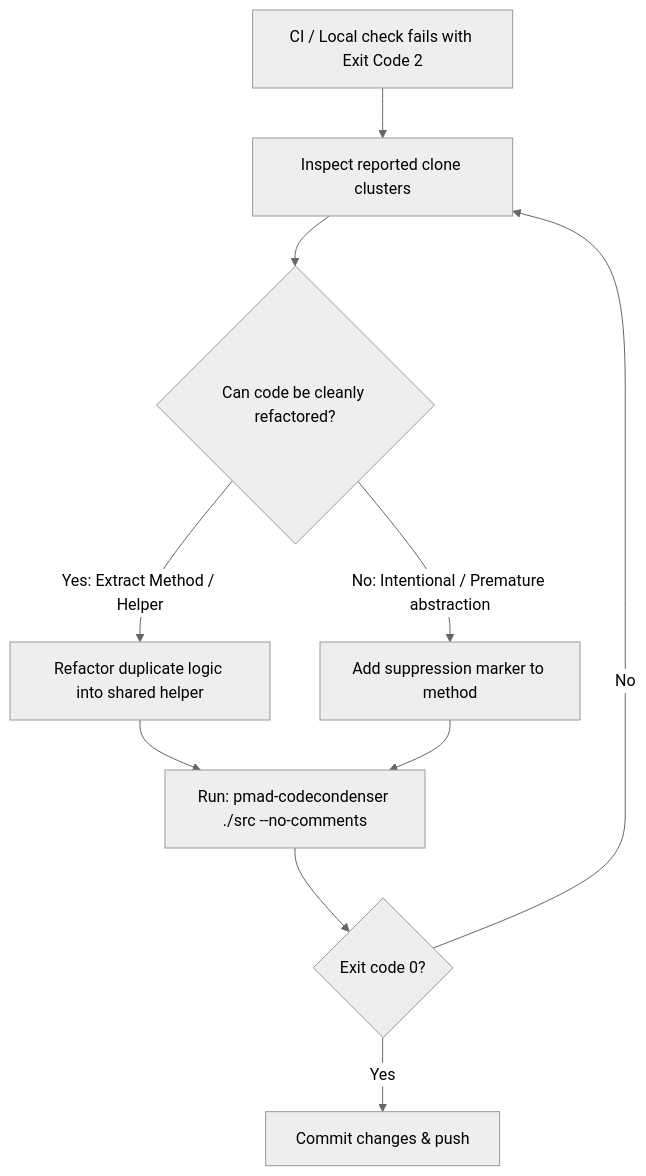
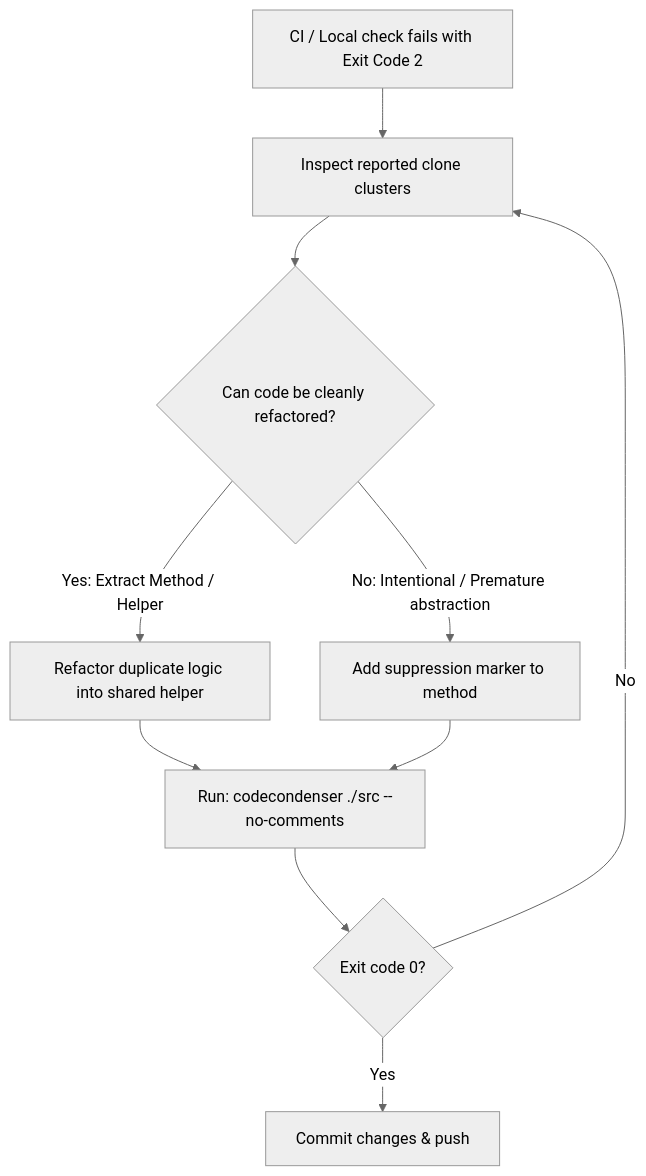
The diagram in .agents/skills/codecondenser/SKILL.md (jetelain/PmadCodeCondenser), drawn with Mermaid (neutral theme) before and after one commit. The commit also changed other lines of this file and 14 other files, not shown here.

Commit message:
Rename cli from pmad-codecondenser to codecondenser

````diff
--- a/.agents/skills/codecondenser/SKILL.md
+++ b/.agents/skills/codecondenser/SKILL.md
@@ -241,12 +241,12 @@
 ```mermaid
 flowchart TD
     A[CI / Local check fails with Exit Code 2] --> B[Inspect reported clone clusters]
     B --> C{Can code be cleanly refactored?}
     C -->|Yes: Extract Method / Helper| D[Refactor duplicate logic into shared helper]
     C -->|No: Intentional / Premature abstraction| E[Add suppression marker to method]
-    D --> F[Run: pmad-codecondenser ./src --no-comments]
+    D --> F[Run: codecondenser ./src --no-comments]
     E --> F
     F --> G{Exit code 0?}
     G -->|Yes| H[Commit changes & push]
     G -->|No| B
 ```
````
